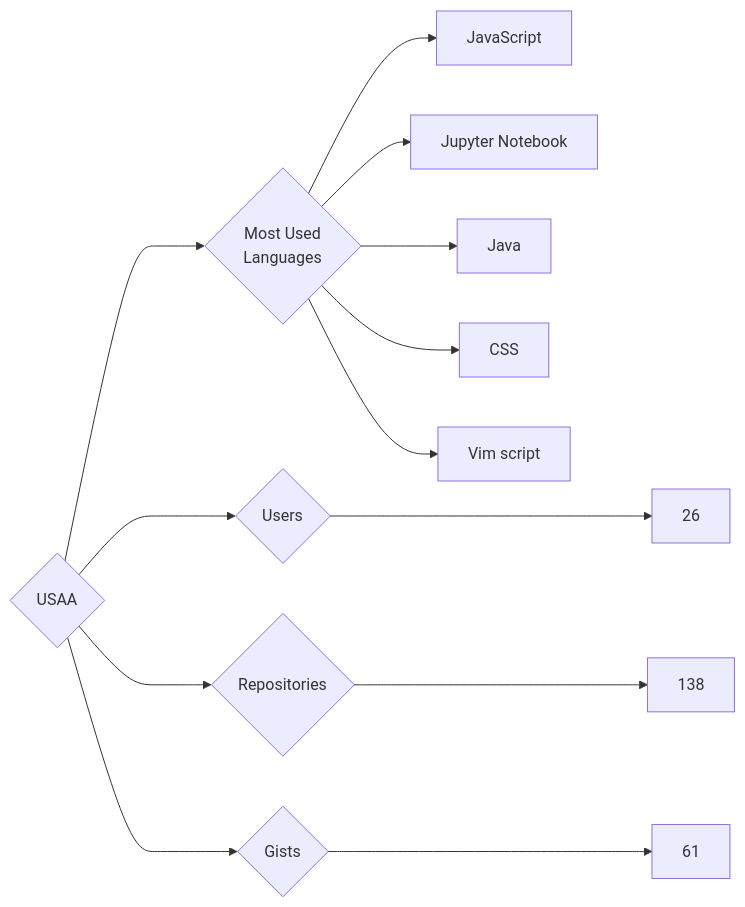
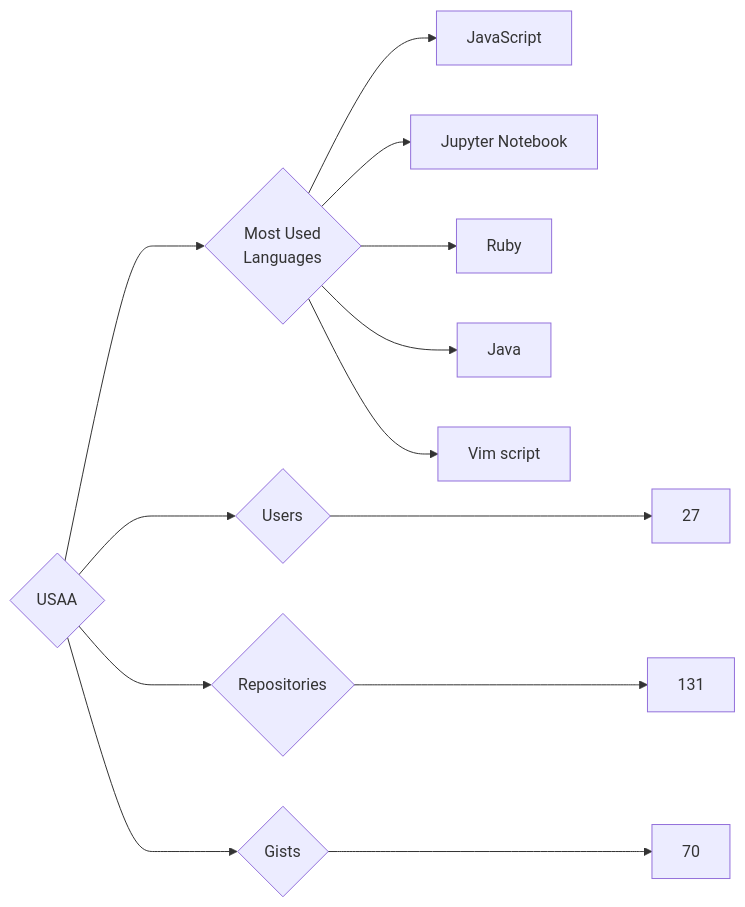
The diagram in targets/USAA/README.md (trickest/insiders), drawn with Mermaid before and after one commit. The commit also changed 886 other files, not shown here.

````diff
--- a/targets/USAA/README.md
+++ b/targets/USAA/README.md
@@ -3,13 +3,13 @@
 ```mermaid
 graph LR
 COMPANY_NAME{USAA}
-COMPANY_NAME ---> U{Users} ---> UN[26]
-COMPANY_NAME ---> R{Repositories} ---> RN[138]
-COMPANY_NAME ---> G{Gists} ---> GN[61]
+COMPANY_NAME ---> U{Users} ---> UN[27]
+COMPANY_NAME ---> R{Repositories} ---> RN[131]
+COMPANY_NAME ---> G{Gists} ---> GN[70]
 COMPANY_NAME ---> ML{Most Used<br>Languages}
 ML --> JavaScript[JavaScript]
 ML --> Jupyter_Notebook[Jupyter Notebook]
+ML --> Ruby[Ruby]
 ML --> Java[Java]
-ML --> CSS[CSS]
 ML --> Vim_script[Vim script]
 ```
````
